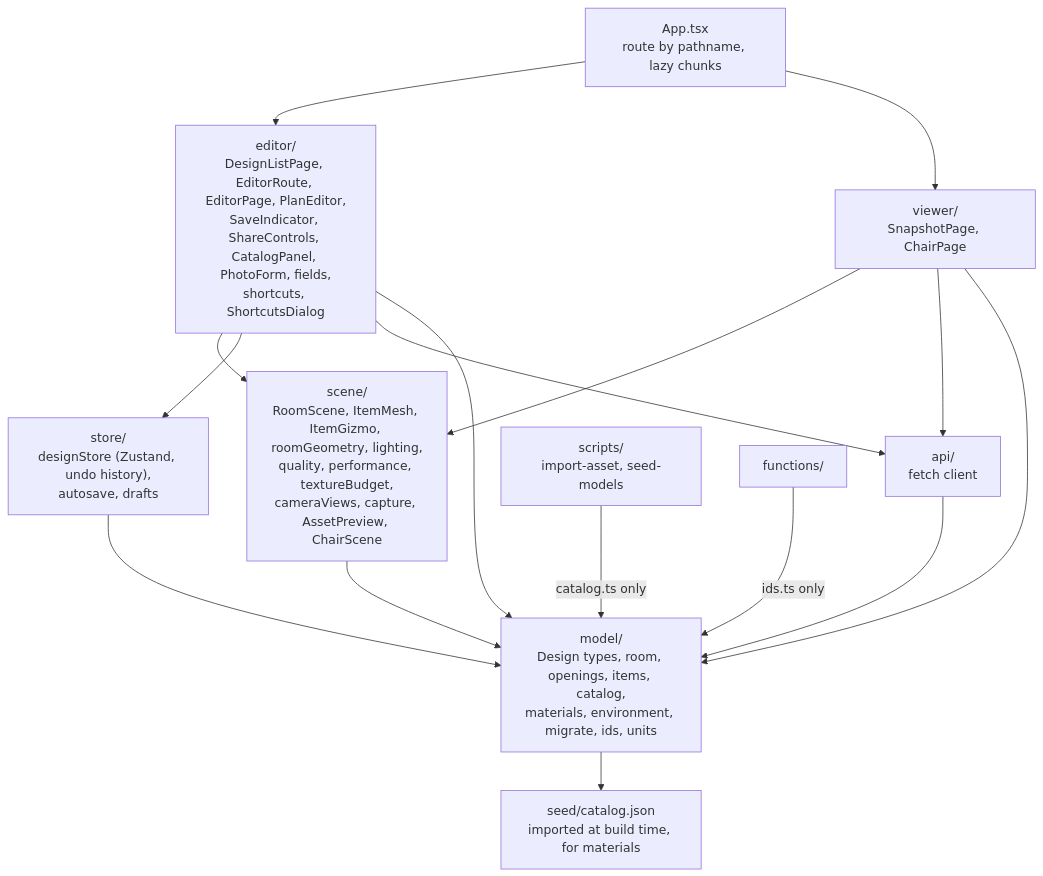
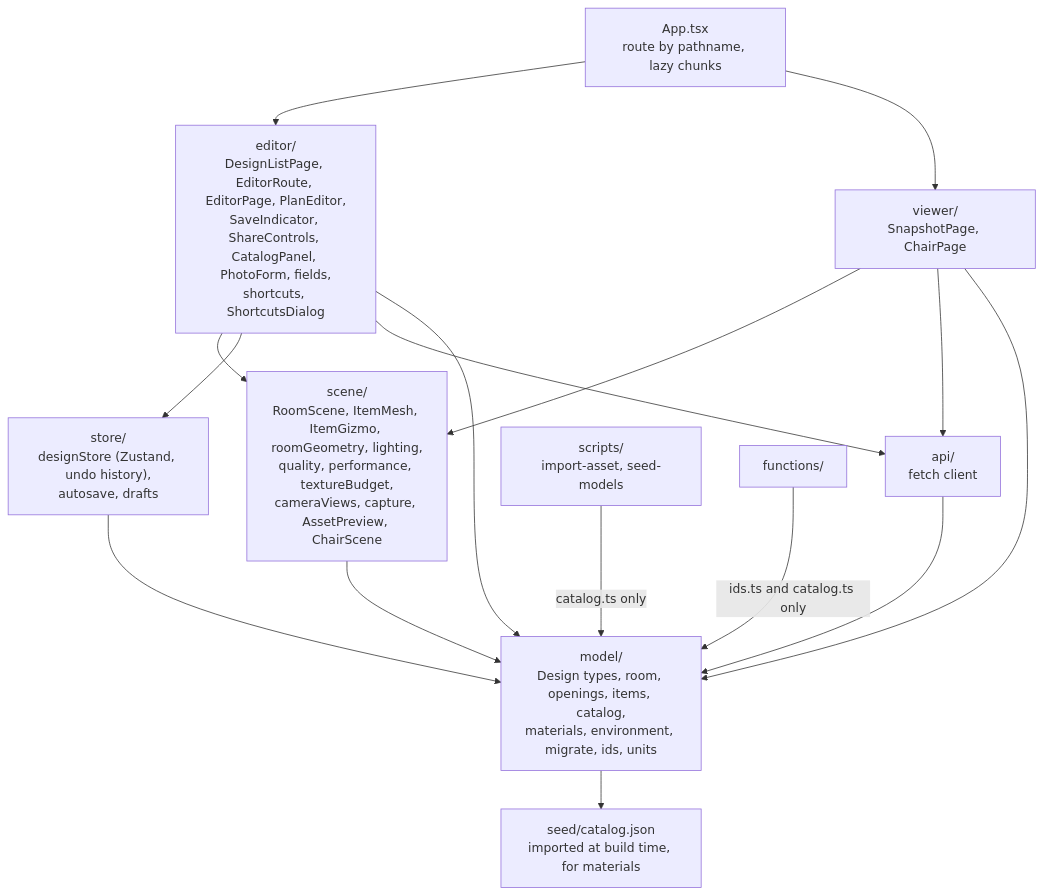
Before and after one commit to davidopluslau/whimsy-forge: the second of 7 diagrams in docs/SYSTEM_DESIGN.md, drawn with Mermaid. The commit also changed other lines of this file and 32 other files, not shown here.

First line of the commit message:
Personal catalog: private assets in R2 only, never exposed by a share link (#16 slice 2) (#22)

````diff
--- a/docs/SYSTEM_DESIGN.md
+++ b/docs/SYSTEM_DESIGN.md
@@ -108,29 +111,29 @@
 ```mermaid
 flowchart TD
     app["App.tsx<br/>route by pathname, lazy chunks"]
     editor["editor/<br/>DesignListPage, EditorRoute, EditorPage, PlanEditor,<br/>SaveIndicator, ShareControls, CatalogPanel, PhotoForm, fields,<br/>shortcuts, ShortcutsDialog"]
     viewer["viewer/<br/>SnapshotPage, ChairPage"]
     scene["scene/<br/>RoomScene, ItemMesh, ItemGizmo, roomGeometry, lighting,<br/>quality, performance, textureBudget,<br/>cameraViews, capture, AssetPreview, ChairScene"]
     store["store/<br/>designStore (Zustand, undo history),<br/>autosave, drafts"]
     api["api/<br/>fetch client"]
     model["model/<br/>Design types, room, openings, items, catalog,<br/>materials, environment, migrate, ids, units"]
     materials["seed/catalog.json<br/>imported at build time, for materials"]
     scripts["scripts/<br/>import-asset, seed-models"]
     fns["functions/"]
 
     app --> editor
     app --> viewer
     editor --> scene
     editor --> store
     editor --> api
     editor --> model
     viewer --> scene
     viewer --> api
     viewer --> model
     scene --> model
     store --> model
     api --> model
     model --> materials
-    fns -->|"ids.ts only"| model
+    fns -->|"ids.ts and catalog.ts only"| model
     scripts -->|"catalog.ts only"| model
 ```
````
